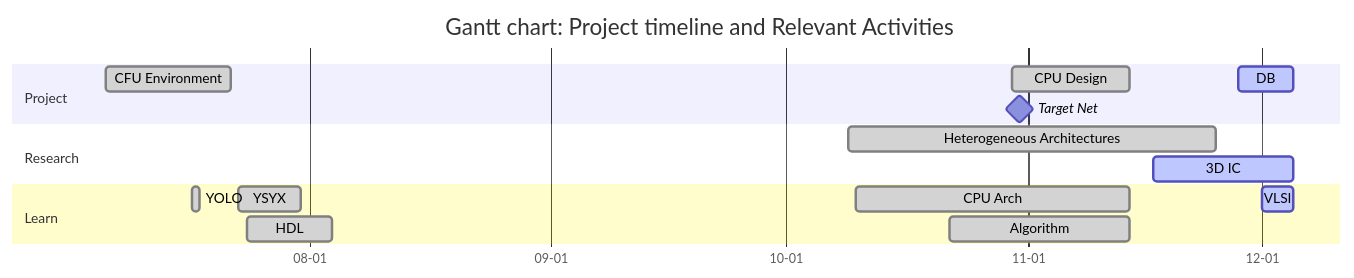
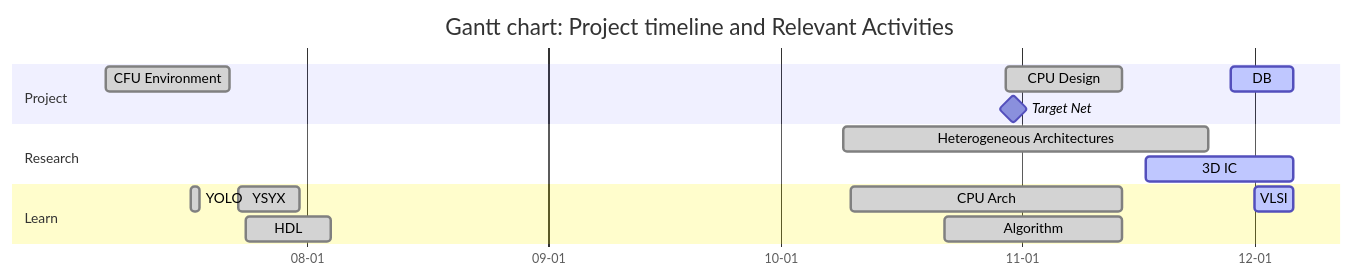
One commit to Marcobisky/Marcobisky.github.io changed the first of 2 diagrams in tinyml/index.qmd. Above: the diagram before and after it, drawn with Mermaid. The commit also changed 9 other files, not shown here.

````diff
--- a/tinyml/index.qmd
+++ b/tinyml/index.qmd
@@ -48,34 +48,34 @@
 ```{mermaid}
 ---
 displayMode: compact
 ---
 %%| label: fig-timeline
 %%| fig-cap: "Gantt Chart"
 %%| fig-width: 10
 %%| fig-height: 6
 
 gantt
     title Gantt chart: Project timeline and Relevant Activities
     dateFormat  YYYY-MM-DD
     axisFormat  %m-%d
     tickInterval 14d
 
     section Project
         CFU Environment :done, 2025-07-06, 2025-07-22
         Target Net :milestone, 2025-10-31, 0d
         CPU Design :done, 2025-10-30, 2025-11-14
-        DB :active, 2025-11-28, 2025-12-05
+        DB :active, 2025-11-28, 2025-12-06
 
     section Research
         Heterogeneous Architectures :done, 2025-10-09, 2025-11-25
-        3D IC :active, 2025-11-17, 2025-12-05
+        3D IC :active, 2025-11-17, 2025-12-06
 
     section Learn
         YSYX :done, 2025-07-23, 2025-07-31
         HDL :done, 2025-07-24, 2025-08-04
         YOLO :done, 2025-07-17, 1d
         CPU Arch :done, 2025-10-10, 2025-11-14
         Algorithm :done, 2025-10-22, 2025-11-14
-        VLSI :active, 2025-12-01, 2025-12-05
+        VLSI :active, 2025-12-01, 2025-12-06
 
 ```
````
